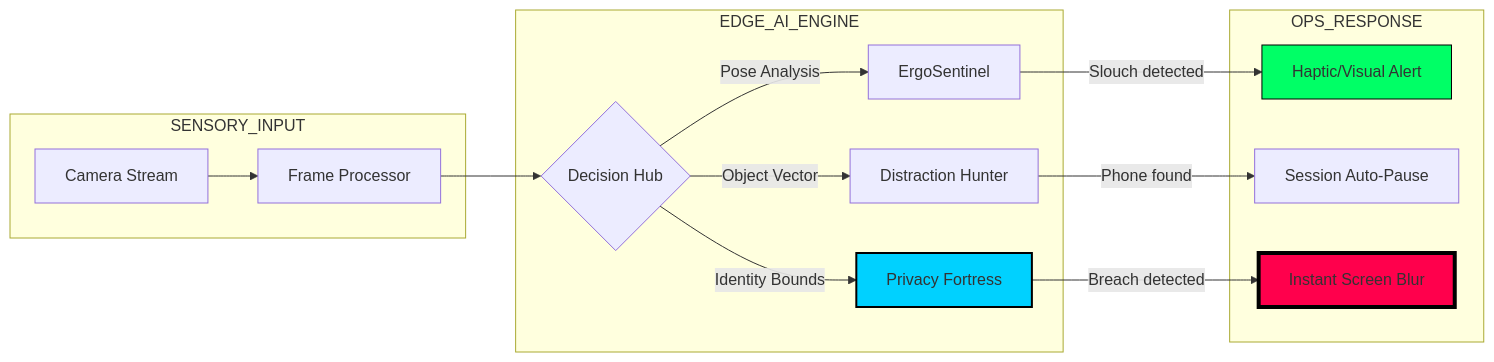
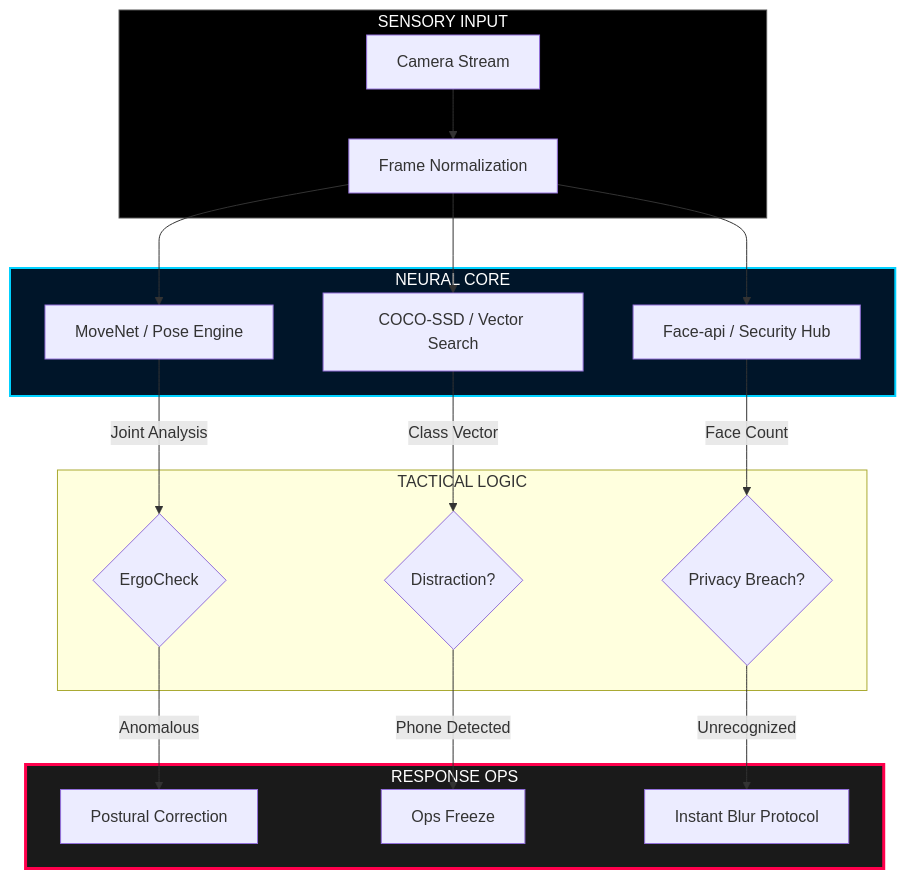
One commit to bahattinyunus/SentinelFocus changed the diagram in README.md. Above: the diagram before and after it, drawn with Mermaid. The commit also changed other lines of this file, not shown here.

Commit message:
style: ultra-afilli README upgrade with terminal boxes and neural mapping

````diff
--- a/README.md
+++ b/README.md
@@ -36,23 +48,28 @@
 ```mermaid
-graph LR
-    subgraph SENSORY_INPUT
-        A[Camera Stream] --> B[Frame Processor]
+graph TD
+    subgraph SENSORY_INPUT [SENSORY INPUT]
+        RAW[Camera Stream] --> NORM[Frame Normalization]
     end
-    
-    subgraph EDGE_AI_ENGINE
-        B --> C{Decision Hub}
-        C -->|Pose Analysis| D[ErgoSentinel]
-        C -->|Object Vector| E[Distraction Hunter]
-        C -->|Identity Bounds| F[Privacy Fortress]
+
+    subgraph NEURAL_MATRIX [NEURAL CORE]
+        NORM --> POS[MoveNet / Pose Engine]
+        NORM --> OBJ[COCO-SSD / Vector Search]
+        NORM --> FAC[Face-api / Security Hub]
     end
-    
-    subgraph OPS_RESPONSE
-        D -->|Slouch detected| G[Haptic/Visual Alert]
-        E -->|Phone found| H[Session Auto-Pause]
-        F -->|Breach detected| I[Instant Screen Blur]
+
+    subgraph TACTICAL_LOGIC [TACTICAL LOGIC]
+        POS -->|Joint Analysis| ERGO{ErgoCheck}
+        OBJ -->|Class Vector| DIST{Distraction?}
+        FAC -->|Face Count| PRIV{Privacy Breach?}
     end
-    
-    style F fill:#00D1FF,stroke:#000,stroke-width:2px
-    style I fill:#FF004C,stroke:#000,stroke-width:4px
-    style G fill:#00FF66,stroke:#000,stroke-width:1px
+
+    subgraph RESPONSE_OPS [RESPONSE OPS]
+        ERGO -->|Anomalous| A1[Postural Correction]
+        DIST -->|Phone Detected| A2[Ops Freeze]
+        PRIV -->|Unrecognized| A3[Instant Blur Protocol]
+    end
+
+    style NEURAL_MATRIX fill:#001529,stroke:#00D1FF,stroke-width:2px,color:#fff
+    style RESPONSE_OPS fill:#1a1a1a,stroke:#FF004C,stroke-width:3px,color:#fff
+    style SENSORY_INPUT fill:#000,stroke:#555,color:#fff
 ```
````
